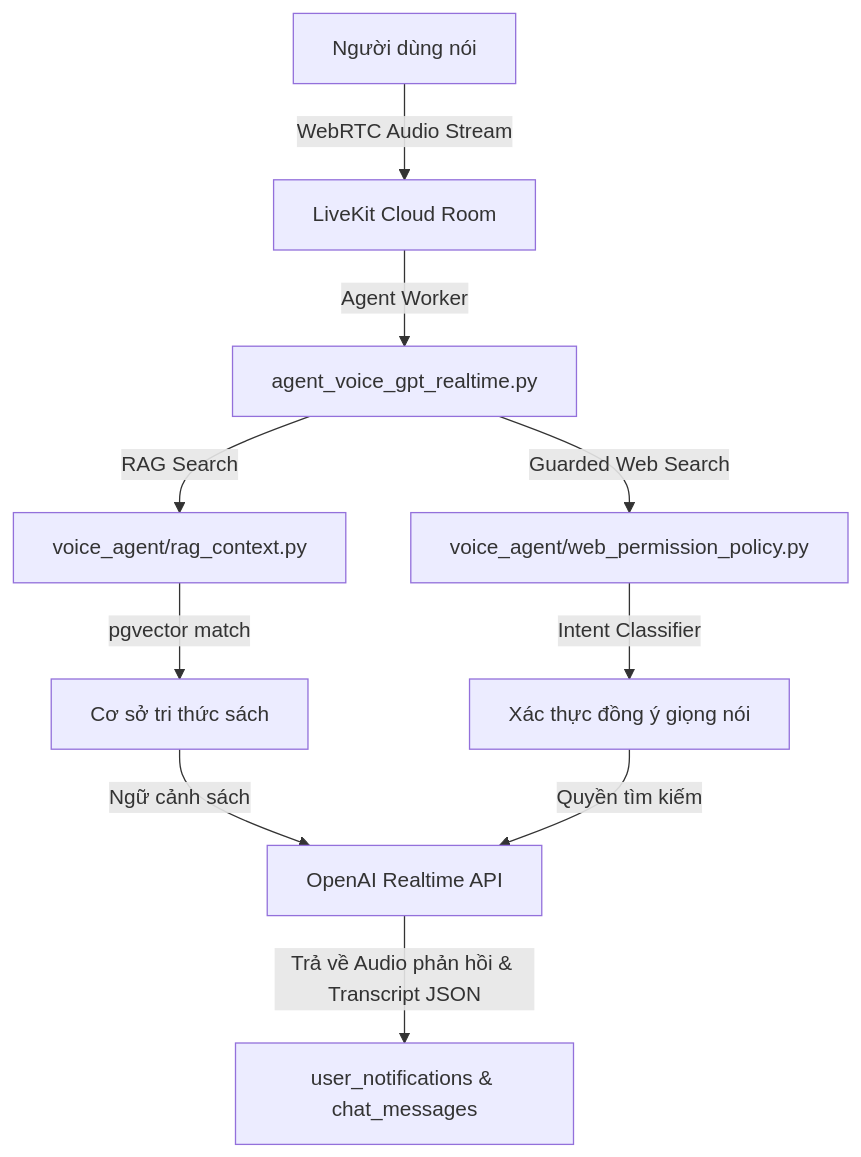
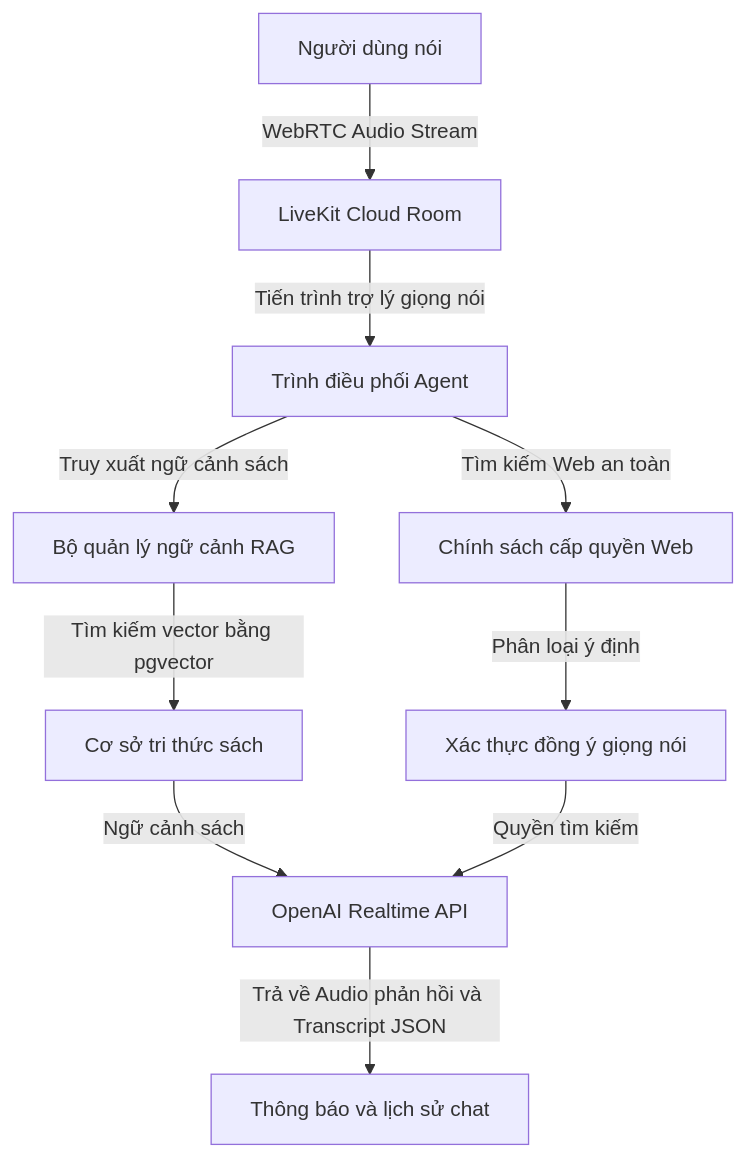
One commit to KhoaSinno/triam-backend changed the fourth of 5 diagrams in _docs_capstone/outline_4c.md. Above: the diagram before and after it, drawn with Mermaid. The commit also changed other lines of this file, not shown here.

````diff
--- a/_docs_capstone/outline_4c.md
+++ b/_docs_capstone/outline_4c.md
@@ -164,12 +193,12 @@
 ```mermaid
 flowchart TD
     Voice[Người dùng nói] -->|WebRTC Audio Stream| LiveKit[LiveKit Cloud Room]
-    LiveKit -->|Agent Worker| RealtimeAgent[agent_voice_gpt_realtime.py]
-    RealtimeAgent -->|RAG Search| RagContext[voice_agent/rag_context.py]
-    RagContext -->|pgvector match| KnowledgeBase[Cơ sở tri thức sách]
-    RealtimeAgent -->|Guarded Web Search| WebPermission[voice_agent/web_permission_policy.py]
-    WebPermission -->|Intent Classifier| Consent[Xác thực đồng ý giọng nói]
+    LiveKit -->|Tiến trình trợ lý giọng nói| RealtimeAgent[Trình điều phối Agent]
+    RealtimeAgent -->|Truy xuất ngữ cảnh sách| RagContext[Bộ quản lý ngữ cảnh RAG]
+    RagContext -->|Tìm kiếm vector bằng pgvector| KnowledgeBase[Cơ sở tri thức sách]
+    RealtimeAgent -->|Tìm kiếm Web an toàn| WebPermission[Chính sách cấp quyền Web]
+    WebPermission -->|Phân loại ý định| Consent[Xác thực đồng ý giọng nói]
     KnowledgeBase -->|Ngữ cảnh sách| RealtimeAPI[OpenAI Realtime API]
     Consent -->|Quyền tìm kiếm| RealtimeAPI
-    RealtimeAPI -->|Trả về Audio phản hồi & Transcript JSON| SaveMsg[user_notifications & chat_messages]
+    RealtimeAPI -->|Trả về Audio phản hồi và Transcript JSON| SaveMsg[Thông báo và lịch sử chat]
 ```
````
